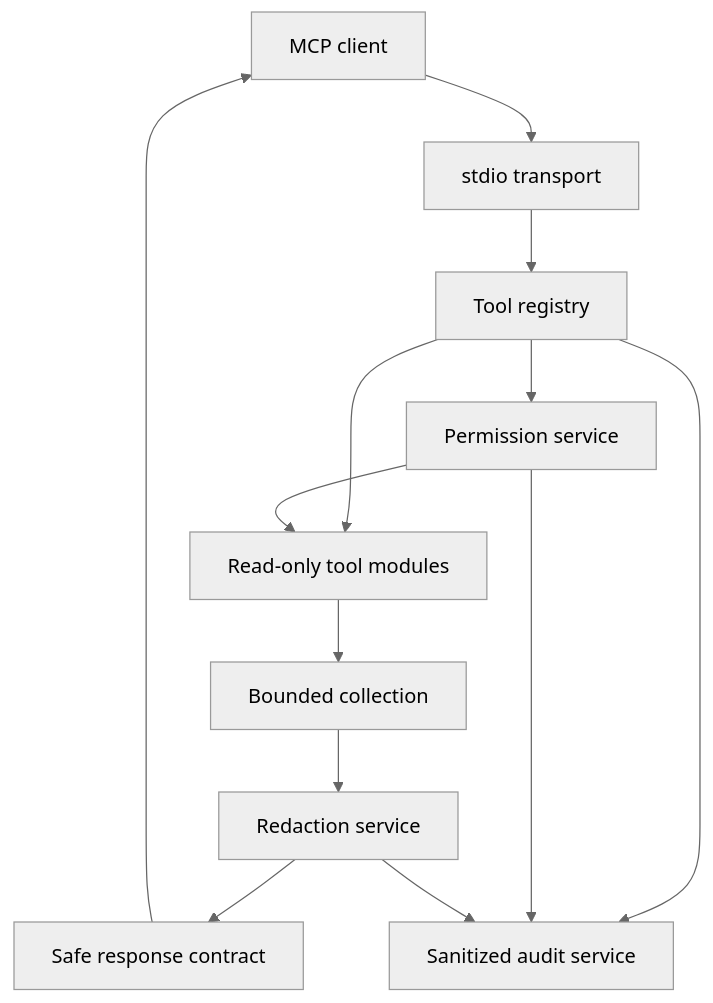
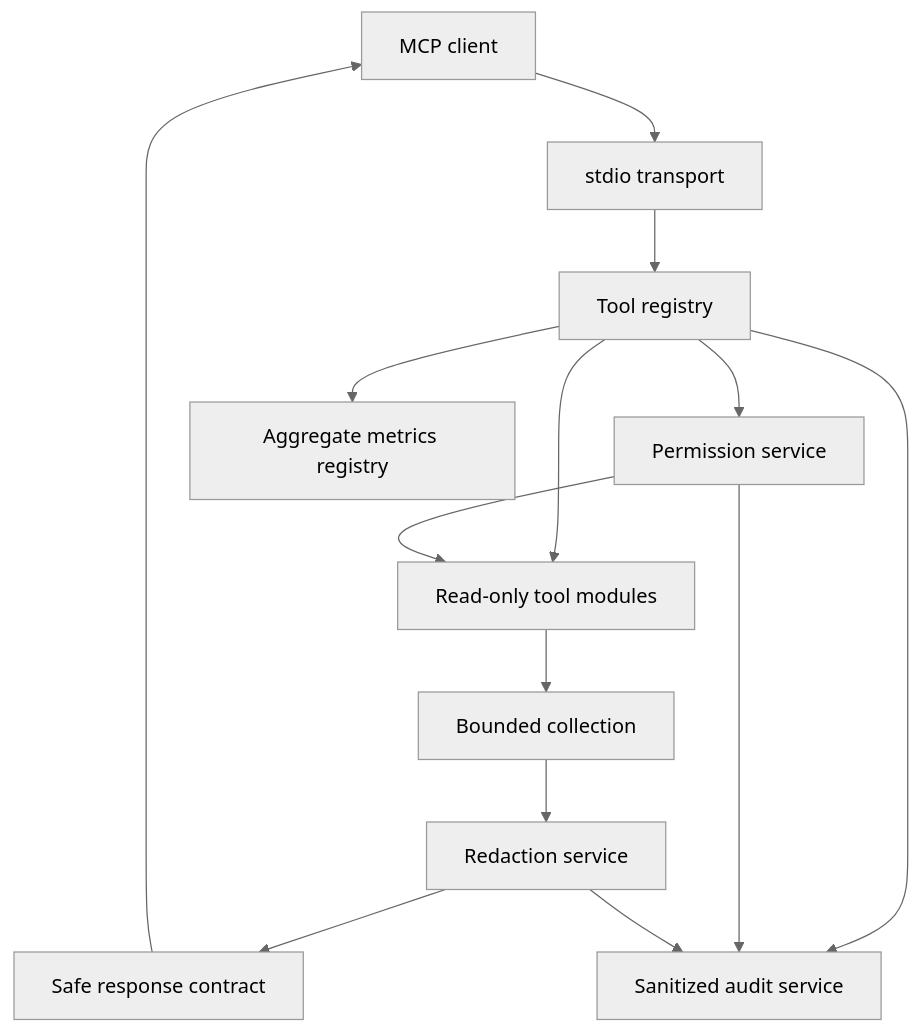
Before and after one commit to chriswayneh/local-mcp-toolbox: the second of 2 diagrams in docs/architecture.md, drawn with Mermaid (neutral theme). The commit also changed other lines of this file and 58 other files, not shown here.

````diff
--- a/docs/architecture.md
+++ b/docs/architecture.md
@@ -39,15 +40,16 @@
 ```mermaid
 flowchart TB
   Client["MCP client"] --> Transport["stdio transport"]
   Transport --> Registry["Tool registry"]
   Registry --> Policy["Permission service"]
   Registry --> Tools["Read-only tool modules"]
   Policy --> Tools
   Tools --> Limits["Bounded collection"]
   Limits --> Redaction["Redaction service"]
   Redaction --> Contract["Safe response contract"]
   Contract --> Client
   Registry --> Audit["Sanitized audit service"]
+  Registry --> Metrics["Aggregate metrics registry"]
   Policy --> Audit
   Redaction --> Audit
 ```
````
